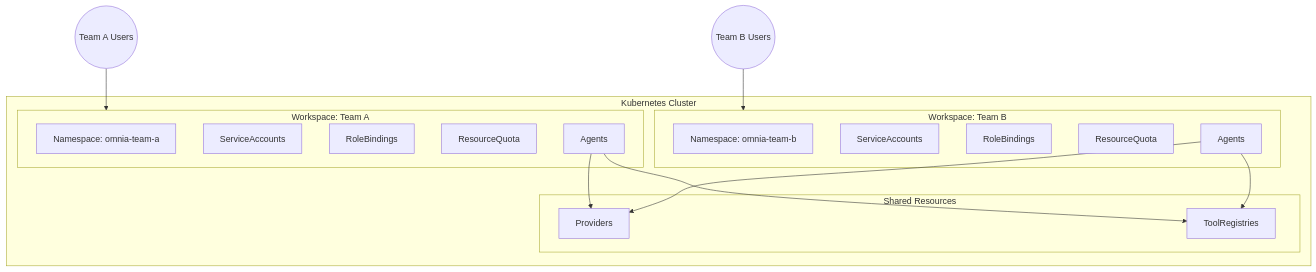
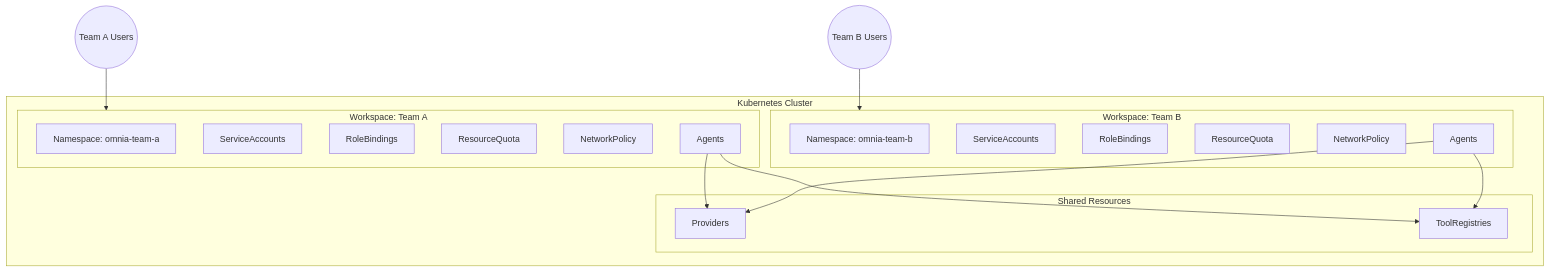
The first of 5 diagrams in docs/src/content/docs/explanation/multi-tenancy.md (AltairaLabs/Omnia), drawn with Mermaid before and after one commit. The commit also changed other lines of this file and 10 other files, not shown here.

First line of the commit message:
feat(workspace): add network isolation with automatic NetworkPolicy generation (#287) (#305)

````diff
--- a/docs/src/content/docs/explanation/multi-tenancy.md
+++ b/docs/src/content/docs/explanation/multi-tenancy.md
@@ -19,33 +20,35 @@
 ```mermaid
 graph TB
     subgraph cluster["Kubernetes Cluster"]
         subgraph ws1["Workspace: Team A"]
             ns1[Namespace: omnia-team-a]
             sa1[ServiceAccounts]
             rb1[RoleBindings]
             q1[ResourceQuota]
+            np1[NetworkPolicy]
             a1[Agents]
         end
 
         subgraph ws2["Workspace: Team B"]
             ns2[Namespace: omnia-team-b]
             sa2[ServiceAccounts]
             rb2[RoleBindings]
             q2[ResourceQuota]
+            np2[NetworkPolicy]
             a2[Agents]
         end
 
         subgraph shared["Shared Resources"]
             providers[Providers]
             tools[ToolRegistries]
         end
 
         a1 --> providers
         a1 --> tools
         a2 --> providers
         a2 --> tools
     end
 
     users1((Team A Users)) --> ws1
     users2((Team B Users)) --> ws2
 ```
````
